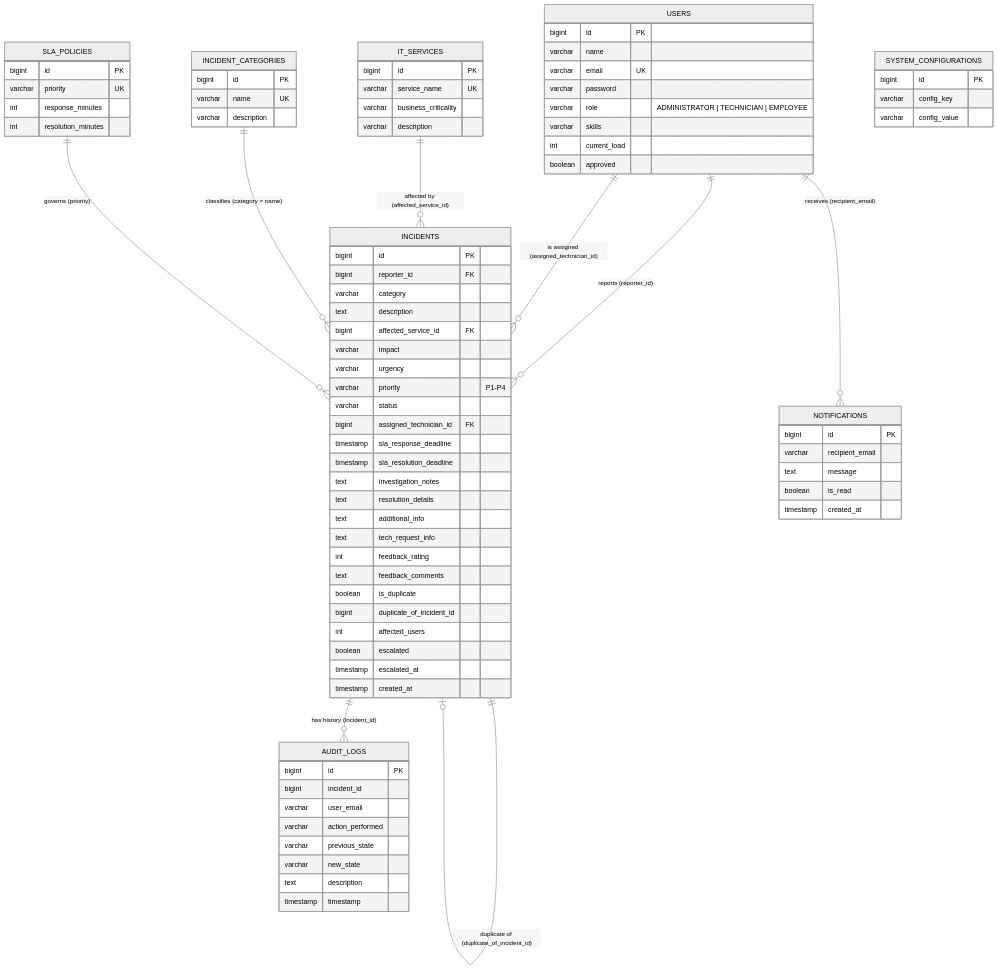
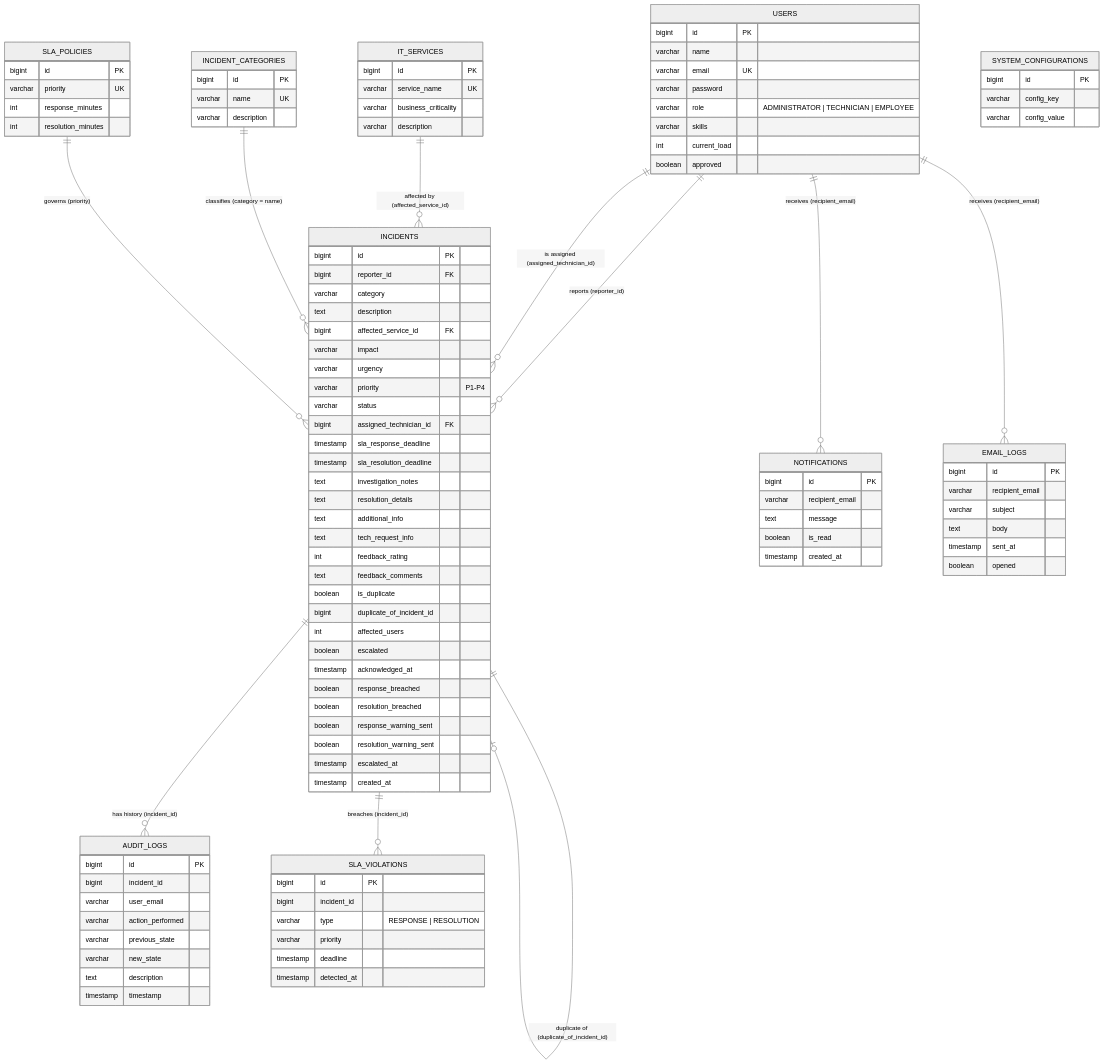
Before and after one commit to likhil-20/OOP_Project: the diagram in docs/database-design.md, drawn with Mermaid (neutral theme). The commit also changed other lines of this file and 18 other files, not shown here.

```diff
--- a/docs/database-design.md
+++ b/docs/database-design.md
@@ -14,6 +14,8 @@
     INCIDENT_CATEGORIES ||--o{ INCIDENTS : "classifies (category = name)"
     SLA_POLICIES ||--o{ INCIDENTS : "governs (priority)"
     INCIDENTS ||--o| INCIDENTS : "duplicate of (duplicate_of_incident_id)"
+    INCIDENTS ||--o{ SLA_VIOLATIONS : "breaches (incident_id)"
+    USERS ||--o{ EMAIL_LOGS : "receives (recipient_email)"
 
     USERS {
         bigint id PK
@@ -48,6 +50,11 @@
         bigint duplicate_of_incident_id
         int affected_users
         boolean escalated
+        timestamp acknowledged_at
+        boolean response_breached
+        boolean resolution_breached
+        boolean response_warning_sent
+        boolean resolution_warning_sent
         timestamp escalated_at
         timestamp created_at
     }
@@ -67,6 +74,22 @@
         varchar priority UK
         int response_minutes
         int resolution_minutes
+    }
+    EMAIL_LOGS {
+        bigint id PK
+        varchar recipient_email
+        varchar subject
+        text body
+        timestamp sent_at
+        boolean opened
+    }
+    SLA_VIOLATIONS {
+        bigint id PK
+        bigint incident_id
+        varchar type "RESPONSE | RESOLUTION"
+        varchar priority
+        timestamp deadline
+        timestamp detected_at
     }
     SYSTEM_CONFIGURATIONS {
         bigint id PK
```
